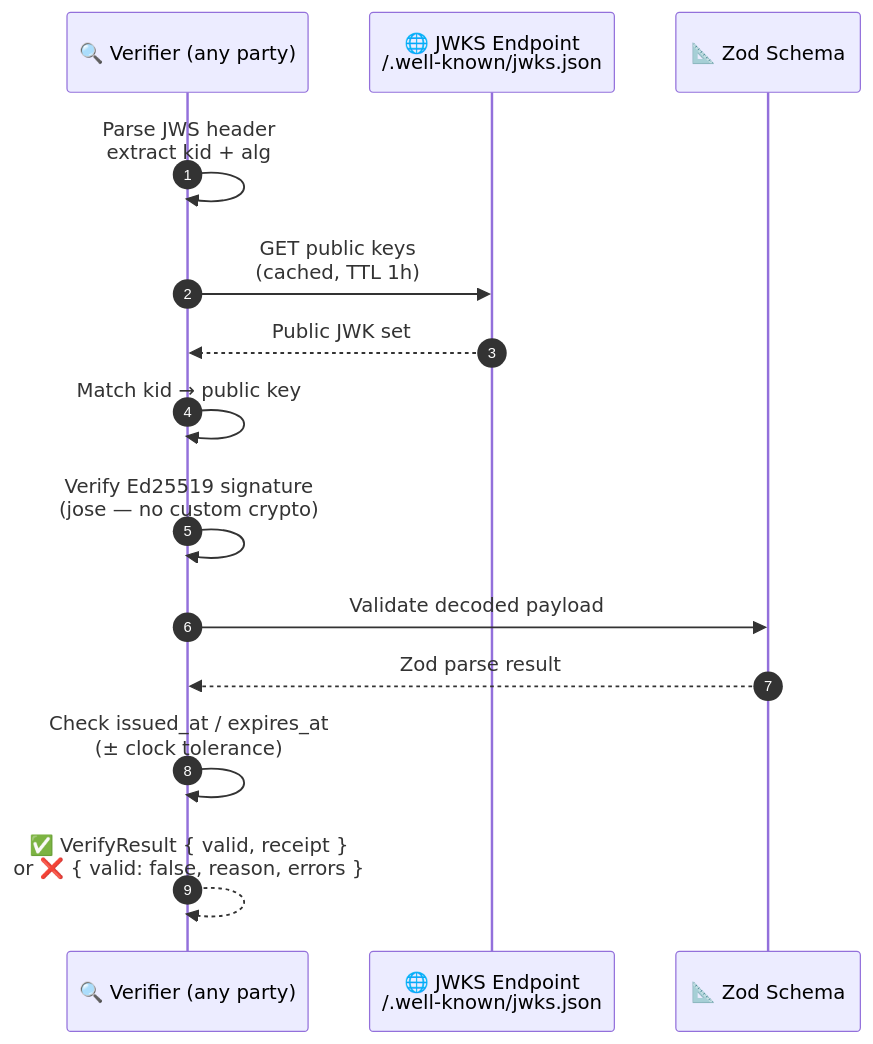
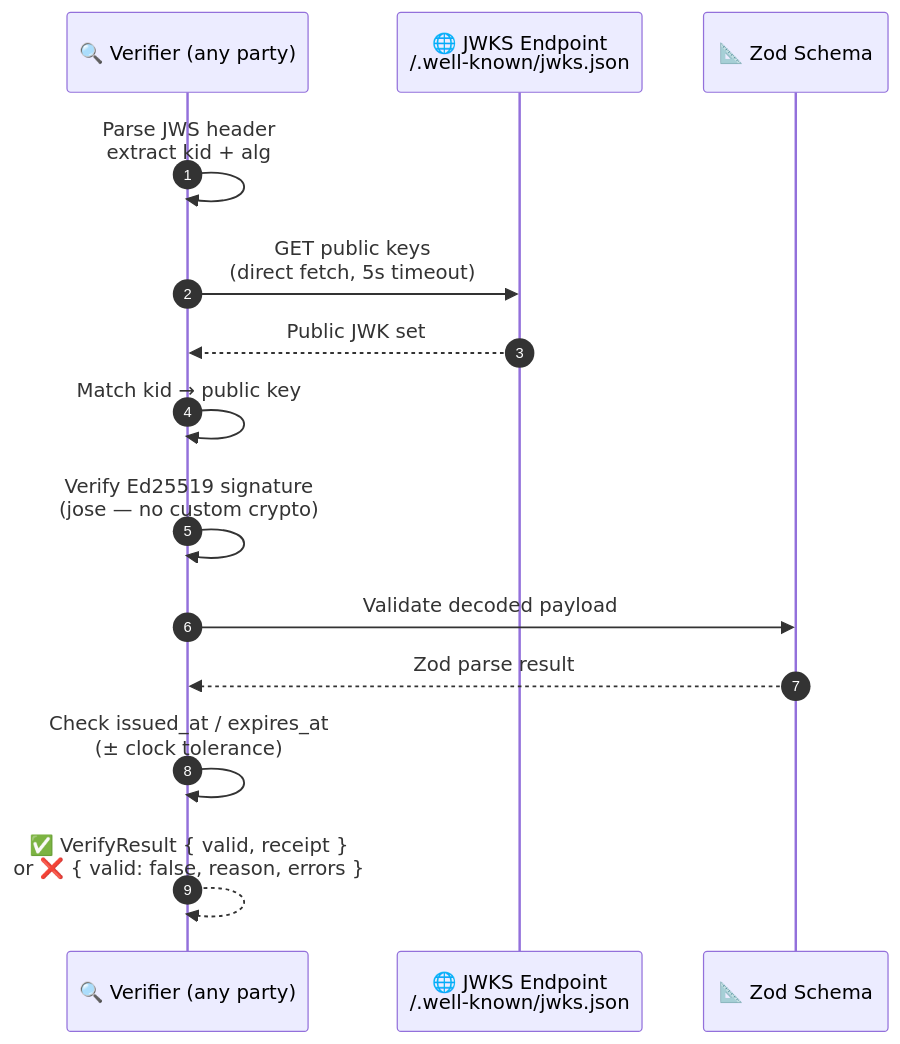
One commit to Trusteedxyz/Trust-Receipt-Verifier changed the second of 3 diagrams in README.md. Above: the diagram before and after it, drawn with Mermaid. The commit also changed other lines of this file and 17 other files, not shown here.

````diff
--- a/README.md
+++ b/README.md
@@ -101,17 +101,17 @@
 ```mermaid
 sequenceDiagram
     autonumber
     participant Verifier as 🔍 Verifier (any party)
     participant JWKS as 🌐 JWKS Endpoint<br/>/.well-known/jwks.json
     participant Schema as 📐 Zod Schema
 
     Verifier->>Verifier: Parse JWS header<br/>extract kid + alg
-    Verifier->>JWKS: GET public keys<br/>(cached, TTL 1h)
+    Verifier->>JWKS: GET public keys<br/>(direct fetch, 5s timeout)
     JWKS-->>Verifier: Public JWK set
     Verifier->>Verifier: Match kid → public key
     Verifier->>Verifier: Verify Ed25519 signature<br/>(jose — no custom crypto)
     Verifier->>Schema: Validate decoded payload
     Schema-->>Verifier: Zod parse result
     Verifier->>Verifier: Check issued_at / expires_at<br/>(± clock tolerance)
     Verifier-->>Verifier: ✅ VerifyResult { valid, receipt }<br/>or ❌ { valid: false, reason, errors }
 ```
````
